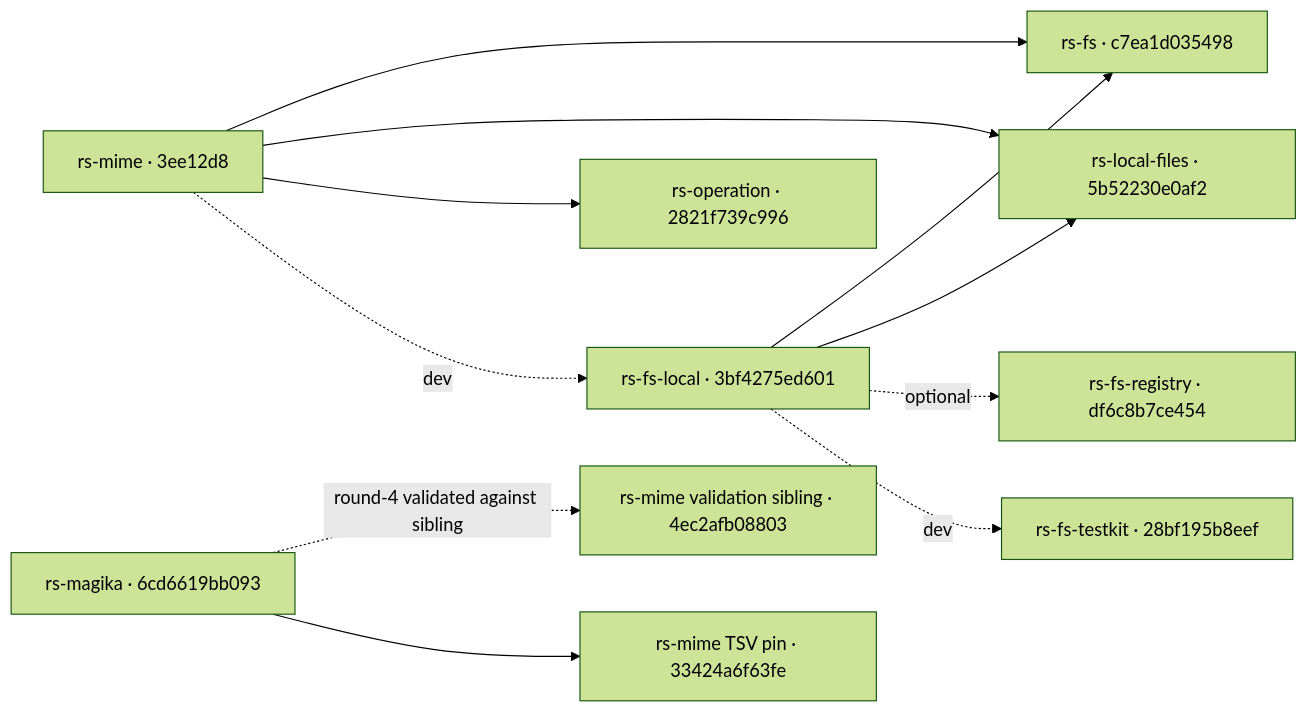
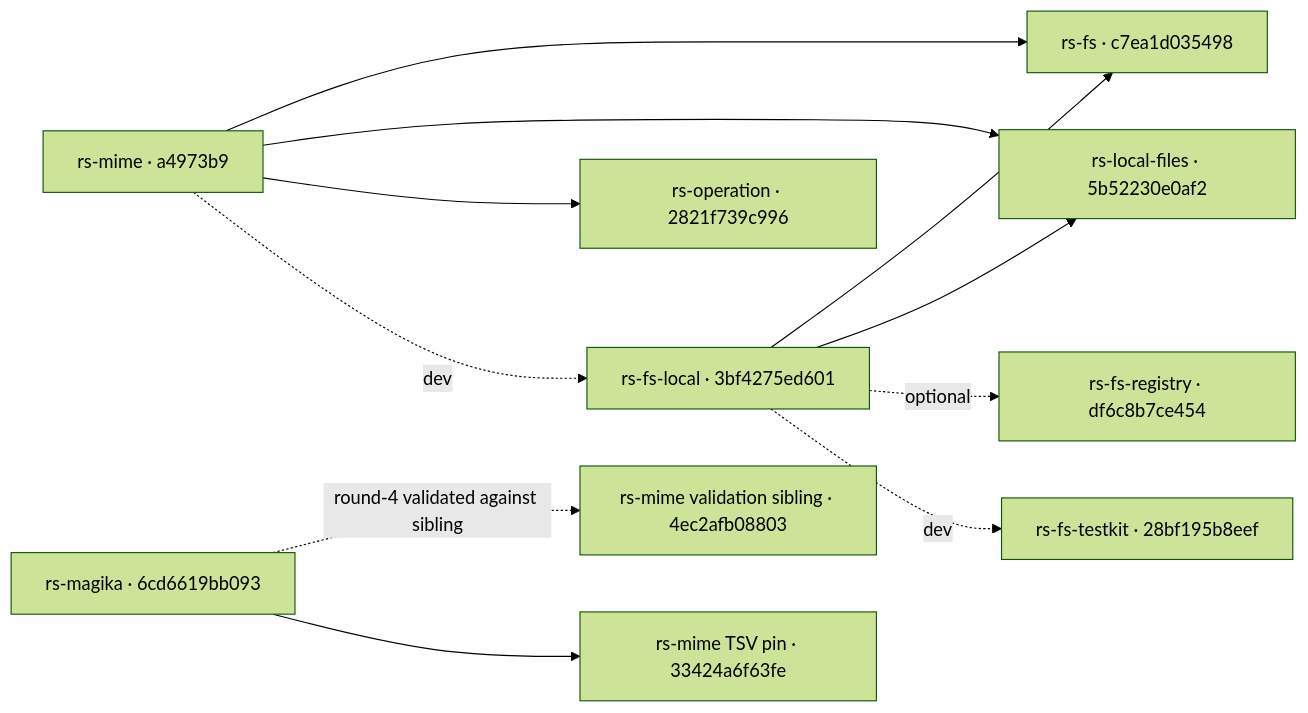
The second of 2 diagrams in doc/acceptance-0.22.0-operation-0.2.zh_CN.md (qubit-ltd/rs-mime), drawn with Mermaid (forest theme) before and after one commit. The commit also changed other lines of this file, not shown here.

First line of the commit message:
docs(mime): finalize round-4 acceptance evidence

````diff
--- a/doc/acceptance-0.22.0-operation-0.2.zh_CN.md
+++ b/doc/acceptance-0.22.0-operation-0.2.zh_CN.md
@@ -362,13 +362,13 @@
 ```mermaid
 flowchart LR
-  mime[rs-mime · 3ee12d8] --> fs[rs-fs · c7ea1d035498]
+  mime[rs-mime · a4973b9] --> fs[rs-fs · c7ea1d035498]
   mime --> local[rs-local-files · 5b52230e0af2]
   mime --> operation[rs-operation · 2821f739c996]
   mime -. dev .-> fs_local[rs-fs-local · 3bf4275ed601]
   fs_local --> fs
   fs_local --> local
   fs_local -. optional .-> registry[rs-fs-registry · df6c8b7ce454]
   fs_local -. dev .-> testkit[rs-fs-testkit · 28bf195b8eef]
   magika[rs-magika · 6cd6619bb093] -. round-4 validated against sibling .-> mime_sibling[rs-mime validation sibling · 4ec2afb08803]
   magika --> mime_tsv_pin[rs-mime TSV pin · 33424a6f63fe]
 ```
````
